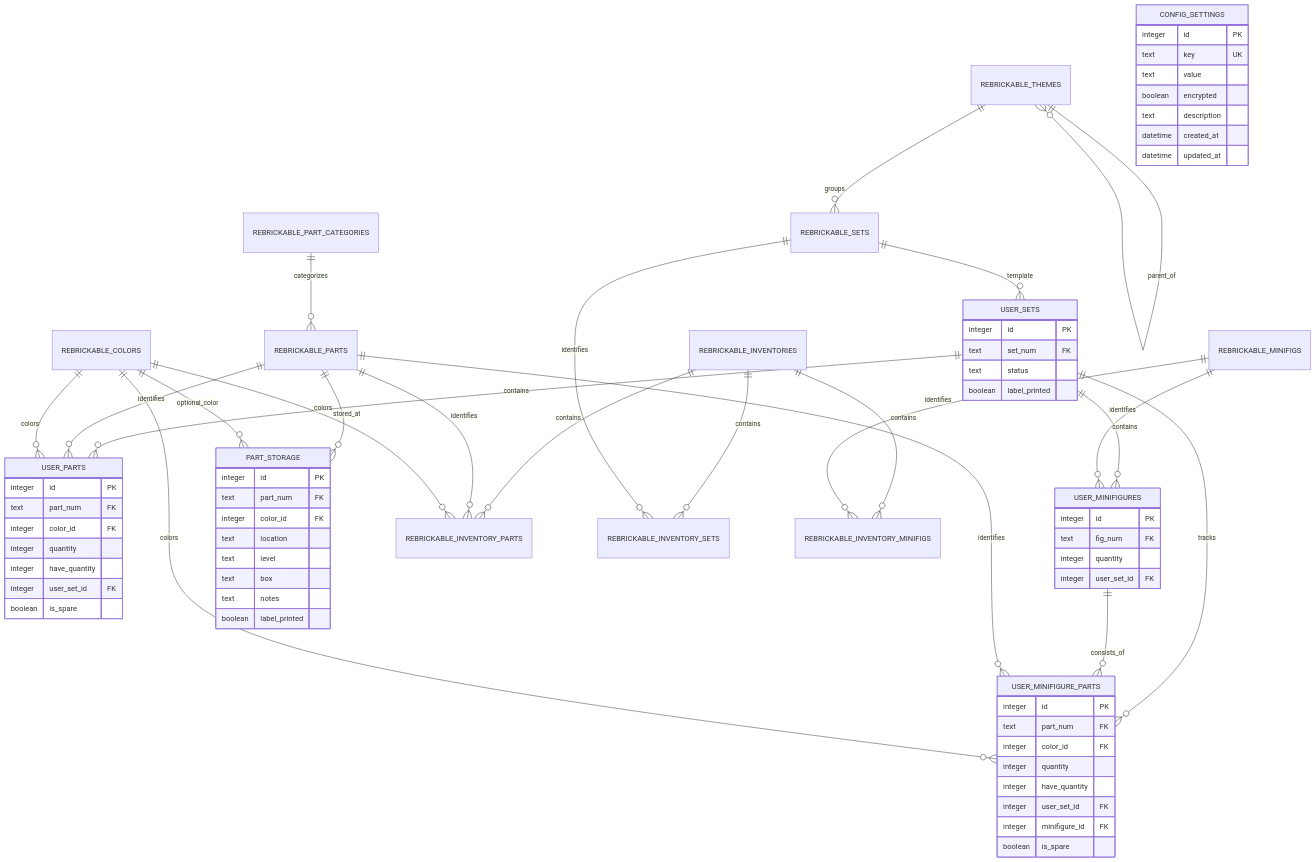
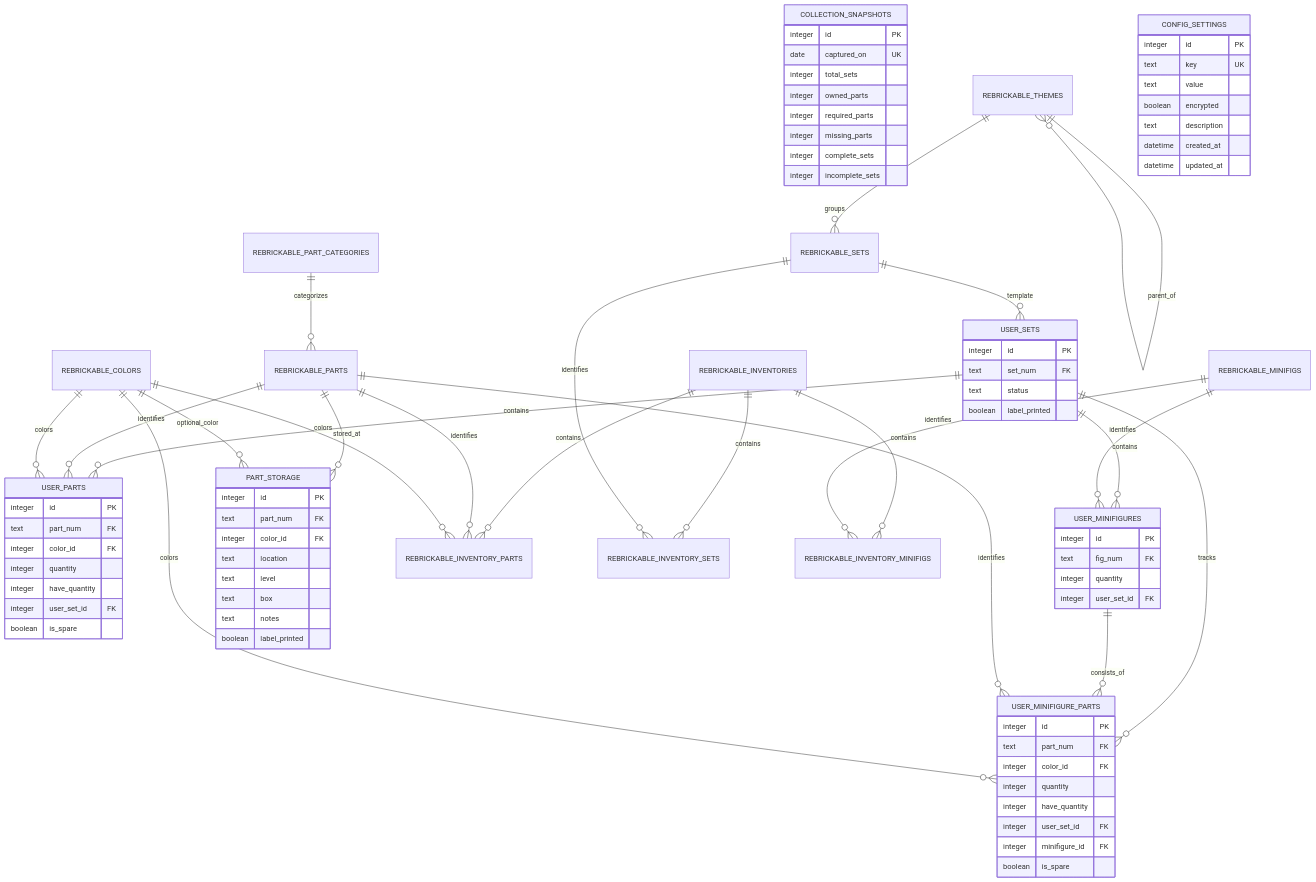
Before and after one commit to Kornhaas/Brick_Manager: the diagram in database_schema.md, drawn with Mermaid. The commit also changed other lines of this file and 26 other files, not shown here.

```diff
--- a/database_schema.md
+++ b/database_schema.md
@@ -11,6 +11,16 @@
     USER_SETS ||--o{ USER_MINIFIGURES : contains
     USER_SETS ||--o{ USER_MINIFIGURE_PARTS : tracks
     USER_MINIFIGURES ||--o{ USER_MINIFIGURE_PARTS : consists_of
+    COLLECTION_SNAPSHOTS {
+        integer id PK
+        date captured_on UK
+        integer total_sets
+        integer owned_parts
+        integer required_parts
+        integer missing_parts
+        integer complete_sets
+        integer incomplete_sets
+    }
 
     REBRICKABLE_PART_CATEGORIES ||--o{ REBRICKABLE_PARTS : categorizes
     REBRICKABLE_PARTS ||--o{ USER_PARTS : identifies
```
